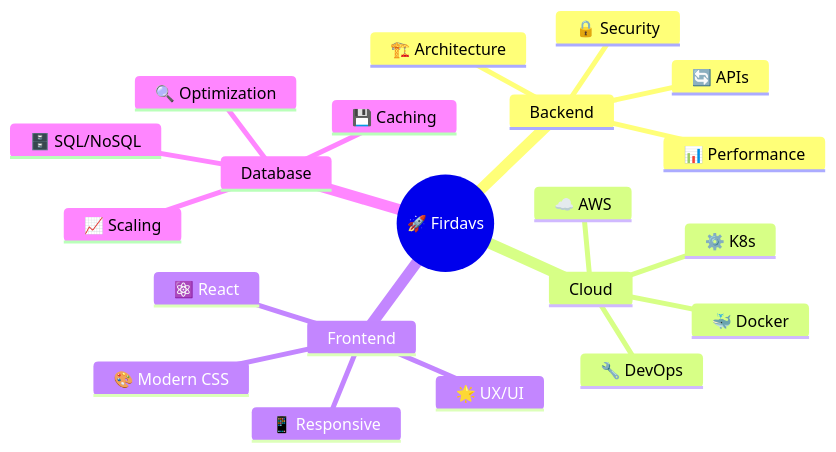
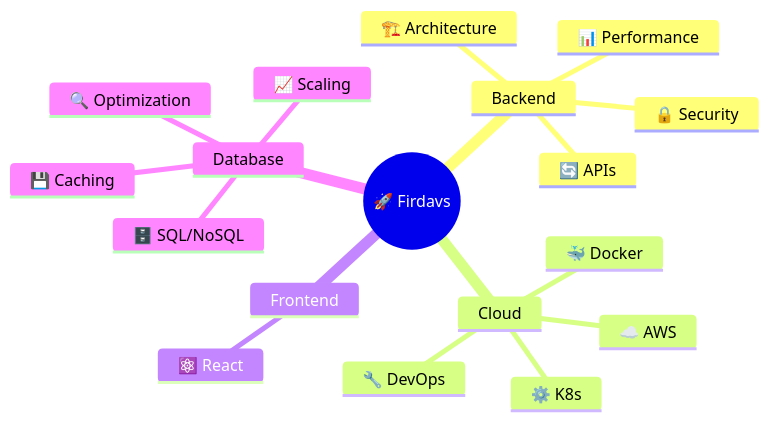
One commit to firdavs244/firdavs244 changed the first of 4 diagrams in README.md. Above: the diagram before and after it, drawn with Mermaid. The commit also changed other lines of this file, not shown here.

````diff
--- a/README.md
+++ b/README.md
@@ -71,24 +71,21 @@
 ```mermaid
 mindmap
   root((🚀 Firdavs))
     Backend
       🏗️ Architecture
       🔒 Security
       📊 Performance
       🔄 APIs
     Cloud
       ☁️ AWS
       🐳 Docker  
       ⚙️ K8s
       🔧 DevOps
     Frontend
       ⚛️ React
-      🎨 Modern CSS
-      📱 Responsive
-      🌟 UX/UI
     Database
       🗄️ SQL/NoSQL
       🔍 Optimization
       📈 Scaling
       💾 Caching
 ```
````
